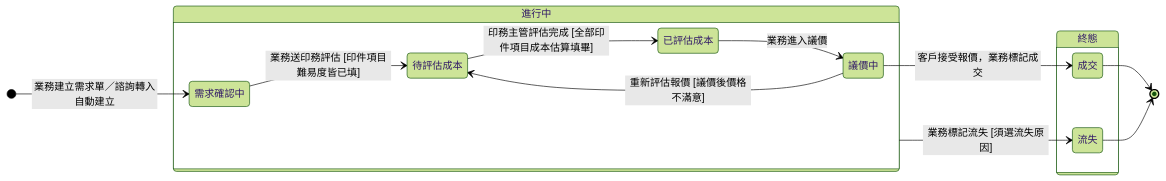
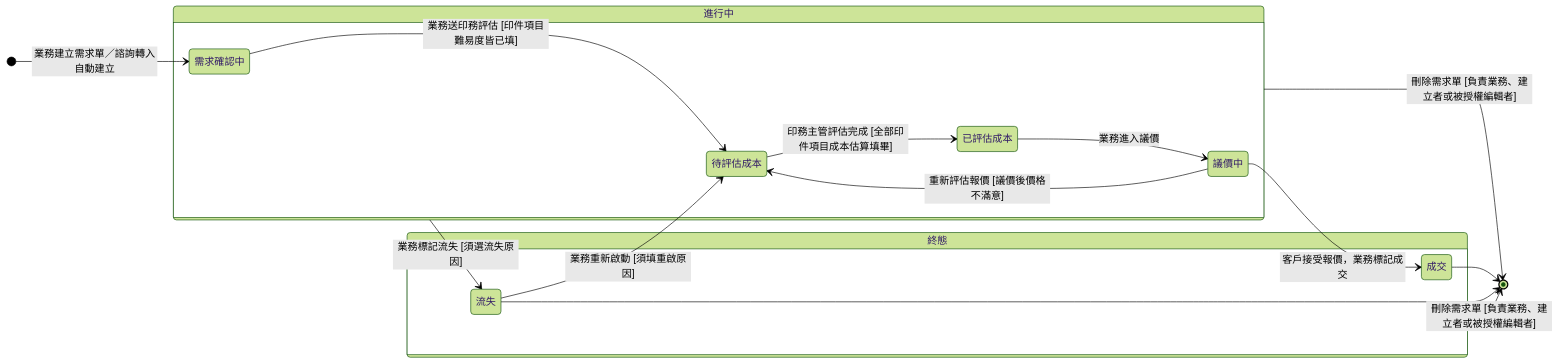
One commit to Kawato-Miles/erp-spec changed the diagram in memory/Sens_wiki/wiki/erp/06-state-machines/需求單狀態.md. Above: the diagram before and after it, drawn with Mermaid (forest theme). The commit also changed other lines of this file and 13 other files, not shown here.

````diff
--- a/memory/Sens_wiki/wiki/erp/06-state-machines/需求單狀態.md
+++ b/memory/Sens_wiki/wiki/erp/06-state-machines/需求單狀態.md
@@ -40,29 +41,32 @@
 ```mermaid
 stateDiagram-v2
     direction LR
 
     [*] --> s_confirm : 業務建立需求單／諮詢轉入自動建立
 
     state "進行中" as InProgress {
         direction LR
         state "需求確認中" as s_confirm
         state "待評估成本" as s_wait
         state "已評估成本" as s_est
         state "議價中" as s_nego
         s_confirm --> s_wait : 業務送印務評估 [印件項目難易度皆已填]
         s_wait --> s_est : 印務主管評估完成 [全部印件項目成本估算填畢]
         s_est --> s_nego : 業務進入議價
         s_nego --> s_wait : 重新評估報價 [議價後價格不滿意]
     }
 
     state "終態" as Final {
         state "成交" as s_won
         state "流失" as s_lost
     }
 
     s_nego --> s_won : 客戶接受報價，業務標記成交
     InProgress --> s_lost : 業務標記流失 [須選流失原因]
+    s_lost --> s_wait : 業務重新啟動 [須填重啟原因]
 
     s_won --> [*]
     s_lost --> [*]
+    InProgress --> [*] : 刪除需求單 [負責業務、建立者或被授權編輯者]
+    Final --> [*] : 刪除需求單 [負責業務、建立者或被授權編輯者]
 ```
````
